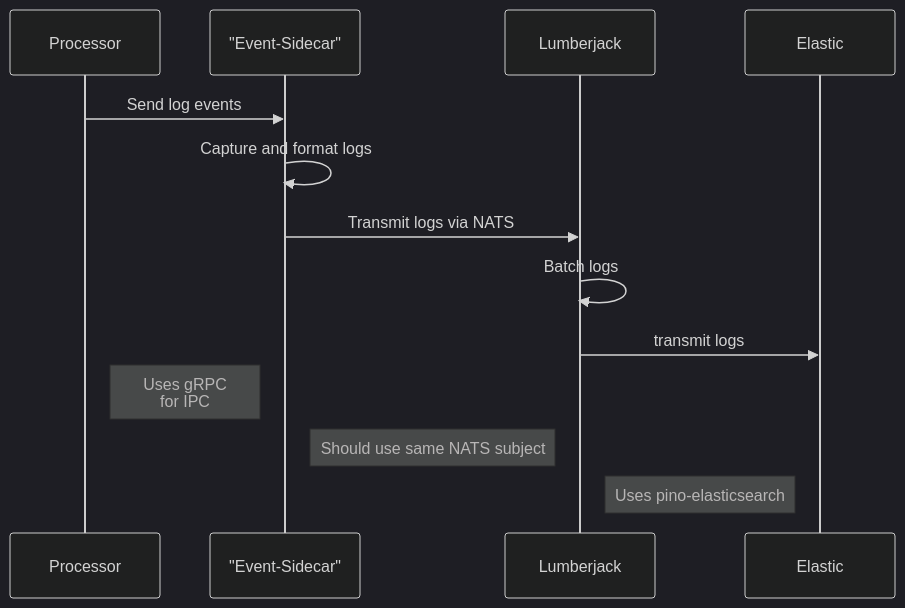
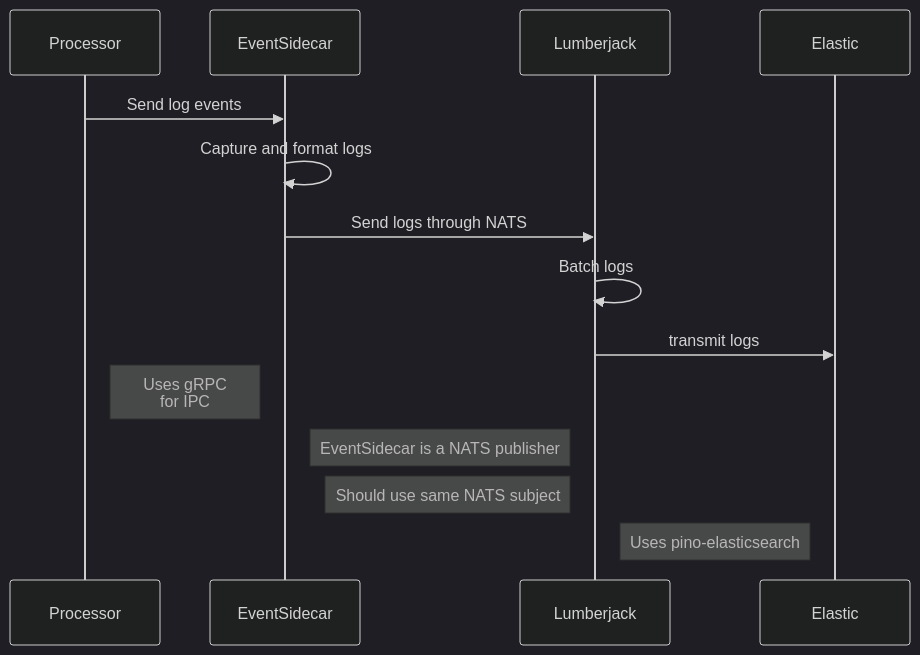
The first of 2 diagrams in Technical/Logging/The-Tazama-Logging-Framework.md (tazama-lf/docs), drawn with Mermaid (dark theme) before and after one commit. The commit also changed other lines of this file, not shown here.

````diff
--- a/Technical/Logging/The-Tazama-Logging-Framework.md
+++ b/Technical/Logging/The-Tazama-Logging-Framework.md
@@ -67,19 +82,22 @@
 ```mermaid
 sequenceDiagram
     participant Processor
-    participant EventSidecar as "Event-Sidecar"
+    participant EventSidecar as EventSidecar
     participant Lumberjack
     participant Elastic
 
     Processor->>EventSidecar: Send log events
     EventSidecar->>EventSidecar: Capture and format logs
-    EventSidecar->>Lumberjack: Transmit logs via NATS
+
+    EventSidecar->>Lumberjack: Send logs through NATS
+    
     Lumberjack->>Lumberjack: Batch logs
     Lumberjack->>Elastic: transmit logs
 
     Note left of EventSidecar: Uses gRPC<br/>for IPC
+    Note right of EventSidecar: EventSidecar is a NATS publisher
 
     Note left of Lumberjack: Should use same NATS subject
     
     Note right of Lumberjack: Uses pino-elasticsearch
 ```
````
